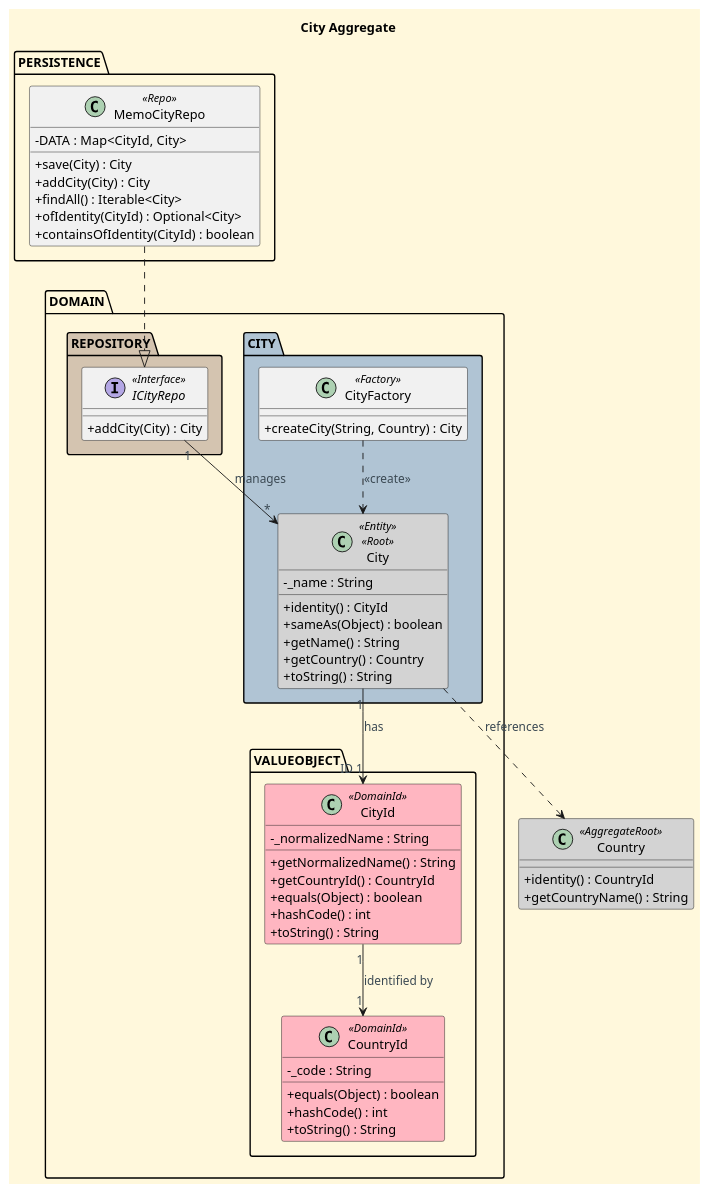
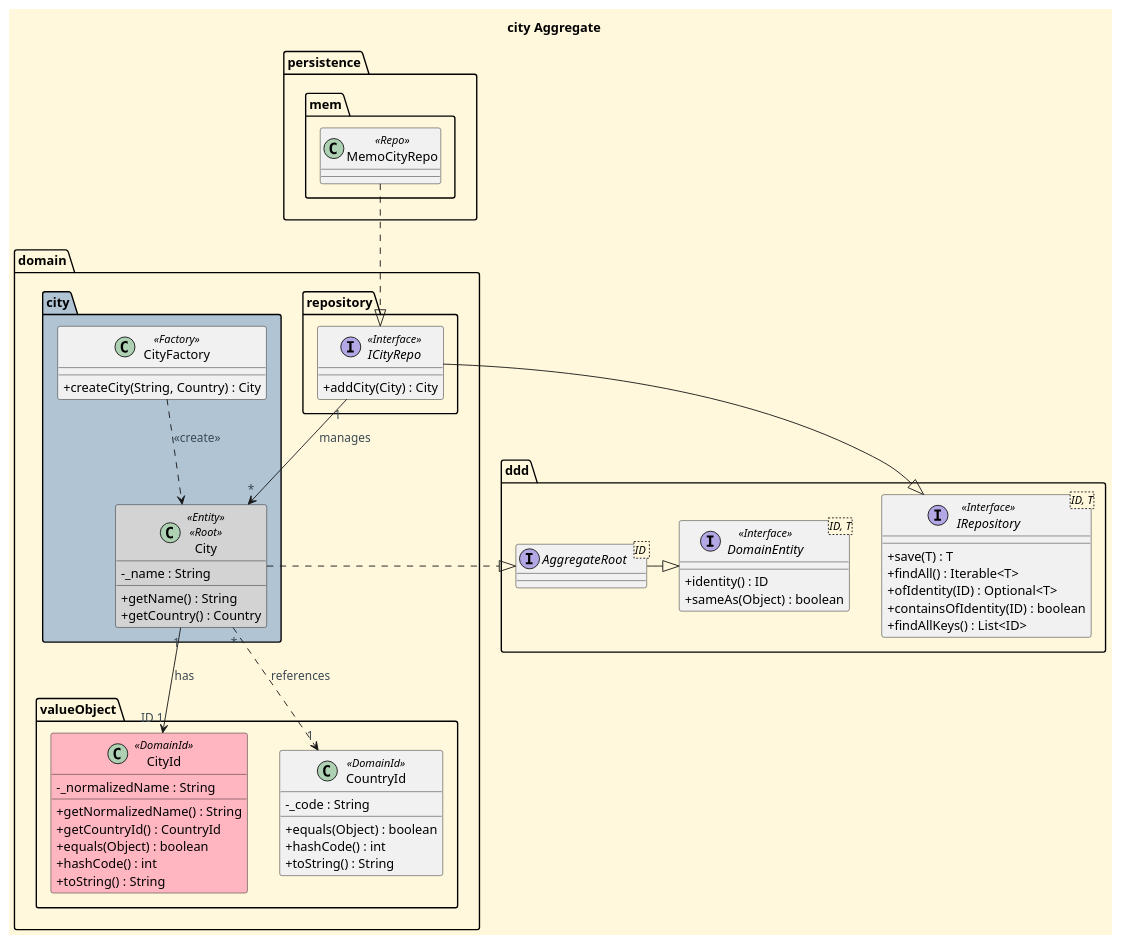
The diagram in docs/aggregates-diagrams/City_Aggregate.puml (CarolinaLeite-collab/JavaMarketplacePlatform), drawn with PlantUML before and after one commit. The commit also changed 5 other files, not shown here.

Commit message:
docs: align Appraisal, Author, City, Edition, PublicationType, and PublishingCompany aggregate diagrams with team standards (#552)

```diff
--- a/docs/aggregates-diagrams/City_Aggregate.puml
+++ b/docs/aggregates-diagrams/City_Aggregate.puml
@@ -1,96 +1,106 @@
 @startuml
 
 '==== Title ====
-title City Aggregate
+title city Aggregate
 top to bottom direction
 
 '==== basic style ====
 skinparam monochrome false
 skinparam shadowing false
 skinparam defaultFontName Futura
 skinparam objectFontSize 20
 skinparam backgroundColor CornSilk
 skinparam objectBackgroundColor WhiteSmoke
 skinparam noteBackgroundColor #FFFFE0
 skinparam ArrowFontColor #3B4953
 skinparam ActivationBackgroundColor black
 skinparam classAttributeIconSize 0
 
 ' ===== Persistence =====
-Package "PERSISTENCE" {
+Package "persistence" {
+    package "mem"  {
+
     class MemoCityRepo <<Repo>> {
-        - DATA : Map<CityId, City>
-        + save(City) : City
-        + addCity(City) : City
-        + findAll() : Iterable<City>
-        + ofIdentity(CityId) : Optional<City>
-        + containsOfIdentity(CityId) : boolean
+}
     }
 }
 
 ' ===== Domain =====
-Package "DOMAIN" {
+Package "domain" {
 
-    Package "CITY" <<Folder>> #b0c4d4 {
+    Package "city" <<Folder>> #b0c4d4  {
 
         class City <<Entity>> <<Root>> #lightgrey {
             - _name : String
-            + identity() : CityId
-            + sameAs(Object) : boolean
             + getName() : String
             + getCountry() : Country
-            + toString() : String
         }
 
         class CityFactory <<Factory>> {
             + createCity(String, Country) : City
         }
 
     }
 
-    Package "VALUEOBJECT" {
+    Package "valueObject" {
 
         class CityId <<DomainId>> #LightPink {
             - _normalizedName : String
             + getNormalizedName() : String
             + getCountryId() : CountryId
             + equals(Object) : boolean
             + hashCode() : int
             + toString() : String
         }
 
-        class CountryId <<DomainId>> #LightPink {
+        class CountryId <<DomainId>>  {
             - _code : String
             + equals(Object) : boolean
             + hashCode() : int
             + toString() : String
         }
 
     }
 
-    Package "REPOSITORY" <<Folder>> #d4c4b0 {
+    Package "repository" <<Folder>> {
         interface ICityRepo <<Interface>>  {
             + addCity(City) : City
         }
     }
+    }
+
+Package "ddd" {
+    interface IRepository<ID, T> <<Interface>> {
+        +save(T) : T
+        +findAll() : Iterable<T>
+        +ofIdentity(ID) : Optional<T>
+        +containsOfIdentity(ID) : boolean
+        +findAllKeys() : List<ID>
+    }
+
+    interface AggregateRoot <ID >{
+    }
+    interface DomainEntity<ID, T> <<Interface>> {
+        +identity() : ID
+        +sameAs(Object) : boolean
+    }
+
 
 }
 
-' ===== Cross-aggregate reference =====
-class Country <<AggregateRoot>> #LightGray {
-    + identity() : CountryId
-    + getCountryName() : String
-}
 
 ' ===== Relations =====
 City "1" --> "ID 1" CityId : has
-CityId "1" --> "1" CountryId : identified by
 
-City ..> Country : references
+City "*" ..> "1" CountryId : references
 
 ICityRepo "1" --> "*" City : manages
 MemoCityRepo ..|> ICityRepo
+ICityRepo -|> IRepository
 
 CityFactory ..> City : <<create>>
 
+AggregateRoot -|> DomainEntity
+City .|> AggregateRoot
+
 @enduml
```
